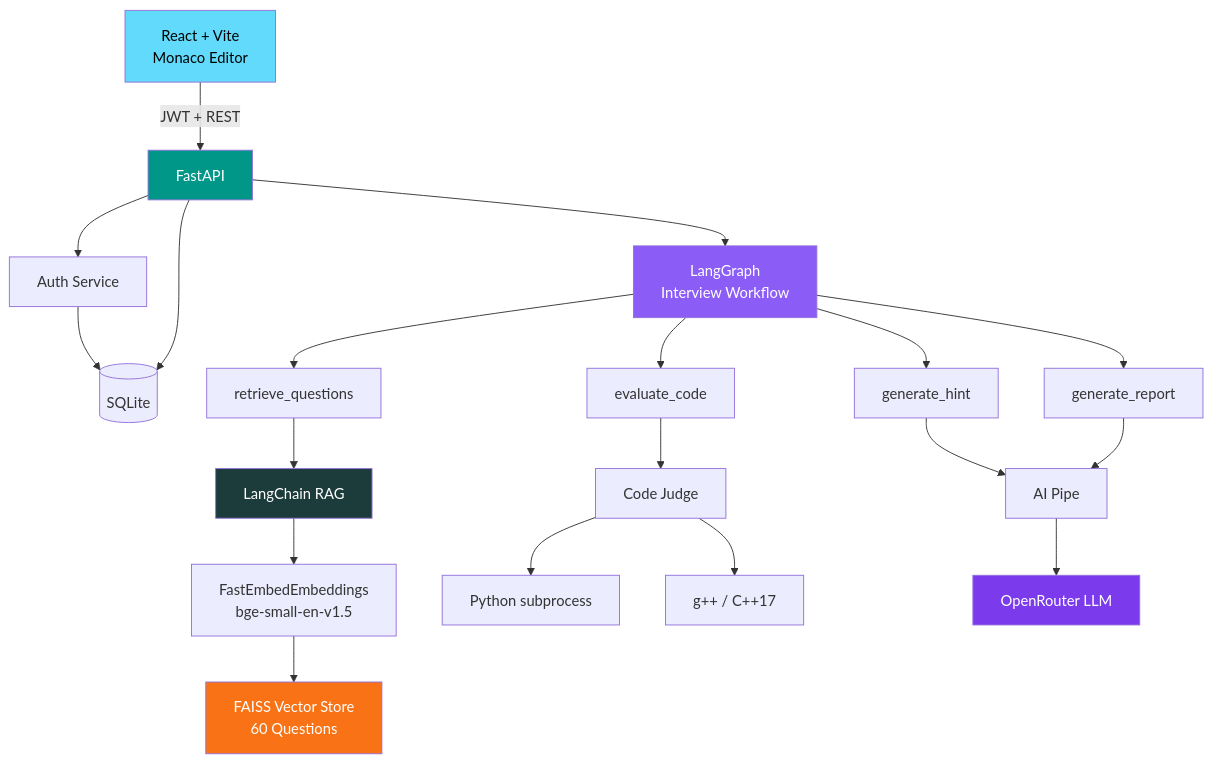
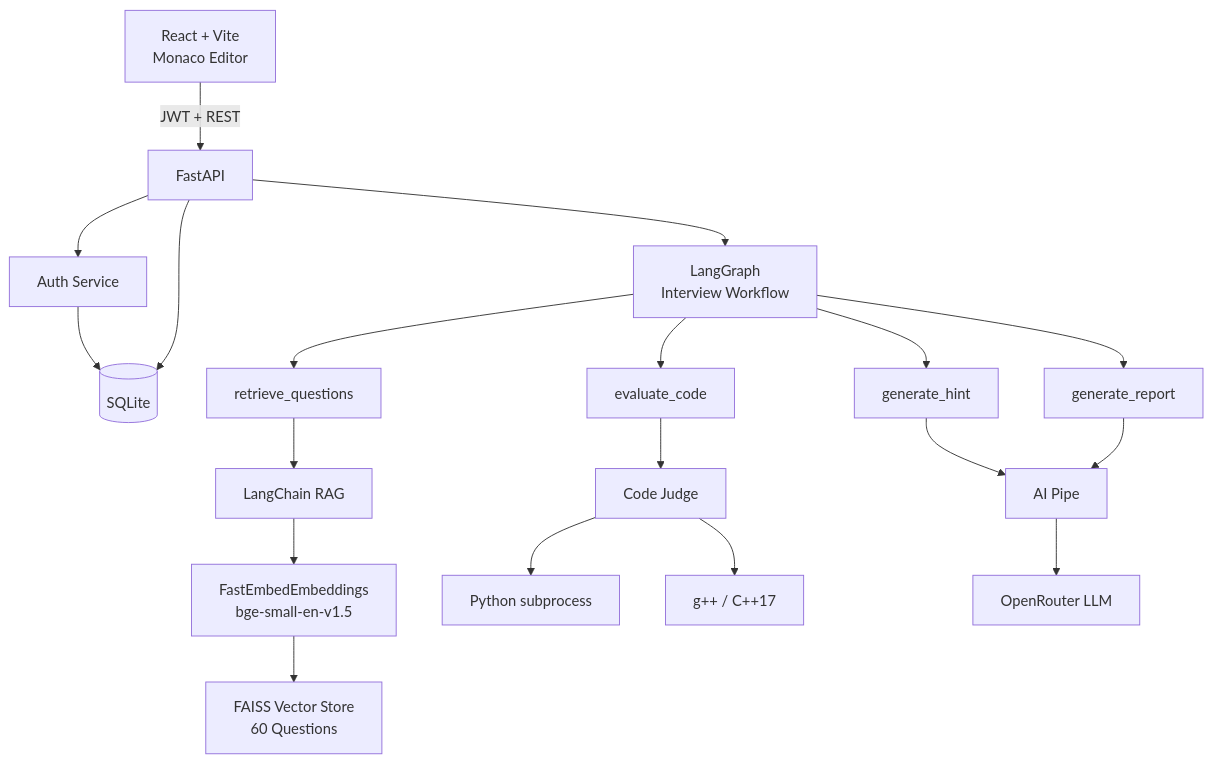
The second of 2 diagrams in README.md (RiddhiArora24/ai-coding-interview-agent), drawn with Mermaid before and after one commit. The commit also changed other lines of this file and 8 other files, not shown here.

````diff
--- a/README.md
+++ b/README.md
@@ -77,35 +91,28 @@
 ```mermaid
 graph TD
     A["React + Vite<br/>Monaco Editor"] -->|JWT + REST| B[FastAPI]
 
     B --> AUTH[Auth Service]
     AUTH --> DB[("SQLite")]
 
     B --> LG["LangGraph<br/>Interview Workflow"]
 
     LG --> R["retrieve_questions"]
     LG --> EV["evaluate_code"]
     LG --> HN["generate_hint"]
     LG --> RP["generate_report"]
 
     R --> LC["LangChain RAG"]
     LC --> EMB["FastEmbedEmbeddings<br/>bge-small-en-v1.5"]
     EMB --> F["FAISS Vector Store<br/>60 Questions"]
 
     EV --> J[Code Judge]
     J --> PY["Python subprocess"]
     J --> CPP["g++ / C++17"]
 
     HN --> AI[AI Pipe]
     RP --> AI
     AI --> OR[OpenRouter LLM]
 
     B --> DB
-
-    style A fill:#61DAFB,color:#000
-    style B fill:#009688,color:#fff
-    style LG fill:#8b5cf6,color:#fff
-    style LC fill:#1C3C3C,color:#fff
-    style F fill:#f97316,color:#fff
-    style OR fill:#7c3aed,color:#fff
 ```
````
